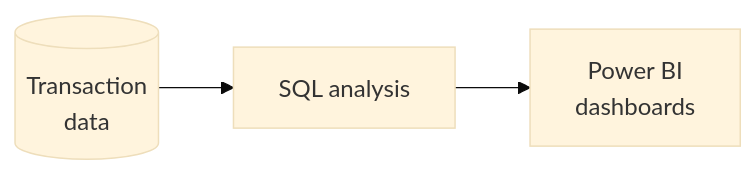
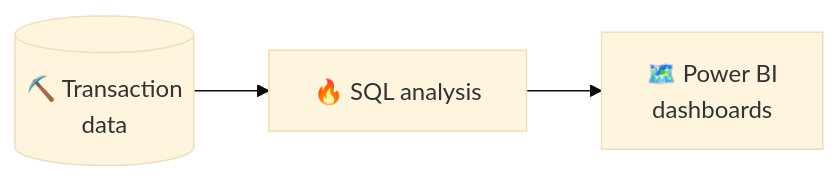
Before and after one commit to gaurav190901/gaurav190901: the third of 4 diagrams in README.md, drawn with Mermaid (base theme). The commit also changed other lines of this file and 1 other file, not shown here.

````diff
--- a/README.md
+++ b/README.md
@@ -92,4 +106,4 @@
 ```mermaid
 flowchart LR
-    A[(Transaction<br/>data)] --> B[SQL analysis] --> C[Power BI<br/>dashboards]
+    A[(⛏️ Transaction<br/>data)] --> B[🔥 SQL analysis] --> C[🗺️ Power BI<br/>dashboards]
 ```
````
